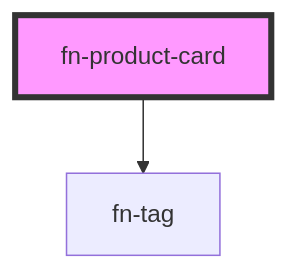
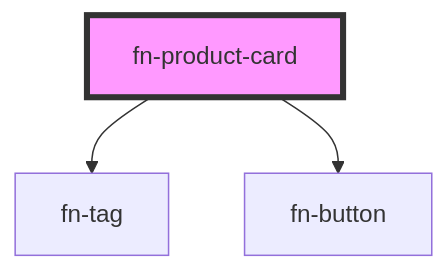
The diagram in fauna/src/components/fn-product-card/readme.md (rafaelmazzo/techtalks-webcomponents), drawn with Mermaid before and after one commit. The commit also changed other lines of this file and 24 other files, not shown here.

````diff
--- a/fauna/src/components/fn-product-card/readme.md
+++ b/fauna/src/components/fn-product-card/readme.md
@@ -26,5 +27,6 @@
 ```mermaid
 graph TD;
   fn-product-card --> fn-tag
+  fn-product-card --> fn-button
   style fn-product-card fill:#f9f,stroke:#333,stroke-width:4px
 ```
````
